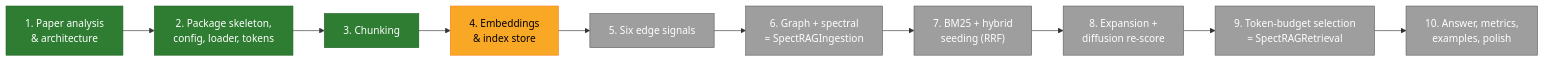
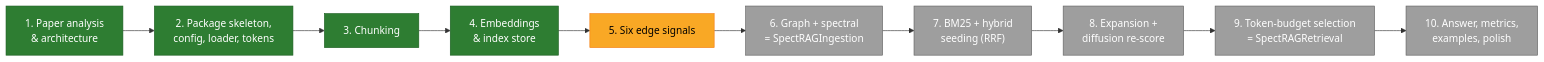
The fifth of 8 diagrams in README.md (aion7891/Spect-RAG), drawn with Mermaid before and after one commit. The commit also changed other lines of this file and 7 other files, not shown here.

Commit message:
feat: Phase 4 – pluggable embedders (hash, Ollama nomic-embed-text) and index store

````diff
--- a/README.md
+++ b/README.md
@@ -407,15 +415,15 @@
 ```mermaid
 flowchart LR
     P1["1. Paper analysis<br/>& architecture"]:::done --> P2["2. Package skeleton,<br/>config, loader, tokens"]:::done
     P2 --> P3["3. Chunking"]:::done
-    P3 --> P4["4. Embeddings<br/>& index store"]:::doing
-    P4 --> P5["5. Six edge signals"]:::todo
+    P3 --> P4["4. Embeddings<br/>& index store"]:::done
+    P4 --> P5["5. Six edge signals"]:::doing
     P5 --> P6["6. Graph + spectral<br/>= SpectRAGIngestion"]:::todo
     P6 --> P7["7. BM25 + hybrid<br/>seeding (RRF)"]:::todo
     P7 --> P8["8. Expansion +<br/>diffusion re-score"]:::todo
     P8 --> P9["9. Token-budget selection<br/>= SpectRAGRetrieval"]:::todo
     P9 --> P10["10. Answer, metrics,<br/>examples, polish"]:::todo
     classDef done fill:#2e7d32,color:#fff,stroke:#1b5e20
     classDef doing fill:#f9a825,color:#000,stroke:#f57f17
     classDef todo fill:#9e9e9e,color:#fff,stroke:#616161
 ```
````
